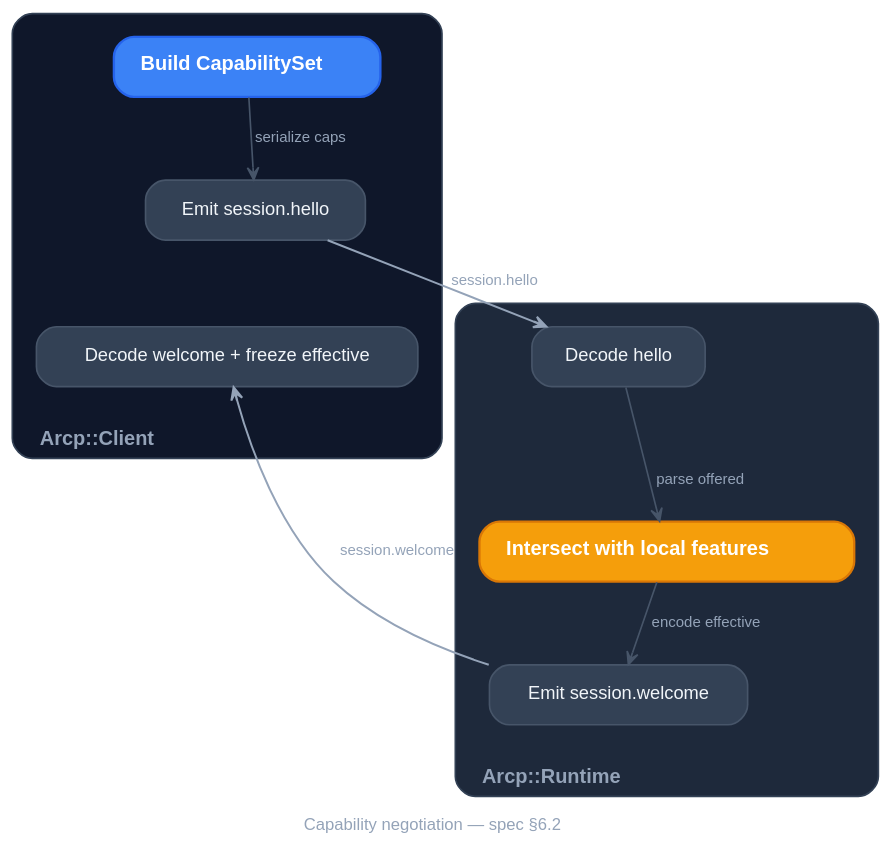
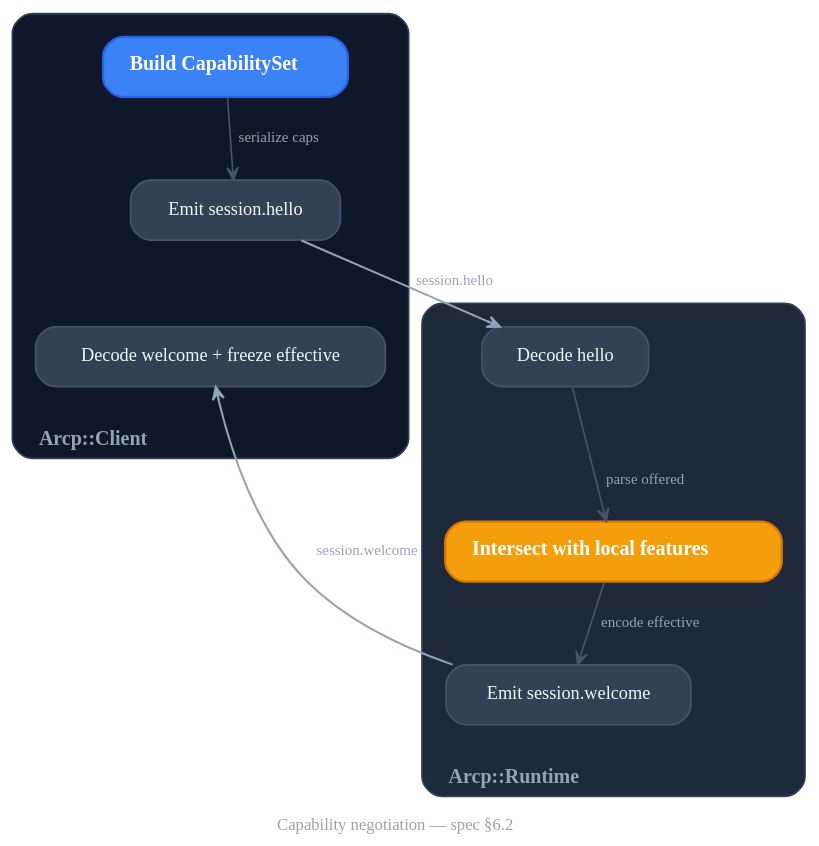
One commit to agentruntimecontrolprotocol/ruby-sdk changed the diagram in docs/diagrams/capability-negotiation-dark.dot. Above: the diagram before and after it, drawn with Graphviz. The commit also changed 23 other files, not shown here.

First line of the commit message:
Harmonize Graphviz diagrams with the ARCP design system

```diff
--- a/docs/diagrams/capability-negotiation-dark.dot
+++ b/docs/diagrams/capability-negotiation-dark.dot
@@ -1,96 +1,96 @@
 // ============================================================================
 //  Capability negotiation sequence (DARK variant)
 // ============================================================================
 
 digraph CapabilityNegotiation {
   rankdir=TB;
   bgcolor="transparent";
   compound=true;
-  fontname="Helvetica";
+  fontname="TT Commons Pro Trial";
   splines=spline;
   nodesep=0.32;
   ranksep=0.55;
   pad="0.35,0.25";
   labelloc=b;
   label=<<FONT POINT-SIZE="10" COLOR="#94A3B8">Capability negotiation — spec §6.2</FONT>>;
 
   node [
     shape=box,
     style="rounded,filled",
     fillcolor="#334155",
     color="#475569",
-    fontname="Helvetica",
+    fontname="TT Commons Pro Trial",
     fontsize=11,
     fontcolor="#F1F5F9",
     margin="0.22,0.11",
     penwidth=1.0
   ];
 
   edge [
-    fontname="Helvetica",
+    fontname="TT Commons Pro Trial",
     fontsize=9,
     fontcolor="#94A3B8",
     color="#64748B",
     penwidth=1.1,
     arrowsize=0.75,
     arrowhead=vee
   ];
 
   subgraph cluster_client {
     label=<<TABLE BORDER="0" CELLBORDER="0" CELLPADDING="0" CELLSPACING="0"><TR><TD COLSPAN="3" HEIGHT="8"></TD></TR><TR><TD WIDTH="8"></TD><TD><FONT POINT-SIZE="12"><B>Arcp::Client</B></FONT></TD><TD WIDTH="8"></TD></TR></TABLE>>;
     style="rounded,filled";
     fillcolor="#0F172A";
     color="#334155";
-    fontname="Helvetica";
+    fontname="TT Commons Pro Trial";
     fontcolor="#94A3B8";
     margin=14;
     labeljust=l;
     penwidth=1.0;
 
     client_1 [
       label=<<FONT POINT-SIZE="12"><B>Build CapabilitySet</B></FONT>>,
       fillcolor="#3B82F6", color="#2563EB",
       fontcolor="white", penwidth=1.4
     ];
 
     client_2 [label="Emit session.hello"];
     client_3 [label="Decode welcome + freeze effective"];
 
     client_1 -> client_2 [style=invis];
     client_2 -> client_3 [style=invis];
   }
 
   subgraph cluster_runtime {
     label=<<TABLE BORDER="0" CELLBORDER="0" CELLPADDING="0" CELLSPACING="0"><TR><TD COLSPAN="3" HEIGHT="8"></TD></TR><TR><TD WIDTH="8"></TD><TD><FONT POINT-SIZE="12"><B>Arcp::Runtime</B></FONT></TD><TD WIDTH="8"></TD></TR></TABLE>>;
     style="rounded,filled";
     fillcolor="#1E293B";
     color="#334155";
-    fontname="Helvetica";
+    fontname="TT Commons Pro Trial";
     fontcolor="#94A3B8";
     margin=14;
     labeljust=l;
     penwidth=1.0;
 
     runtime_1 [label="Decode hello"];
 
     runtime_2 [
       label=<<FONT POINT-SIZE="12"><B>Intersect with local features</B></FONT>>,
       fillcolor="#F59E0B", color="#D97706",
       fontcolor="white", penwidth=1.4
     ];
 
     runtime_3 [label="Emit session.welcome"];
 
     runtime_1 -> runtime_2 [style=invis];
     runtime_2 -> runtime_3 [style=invis];
   }
 
   edge [color="#94A3B8", penwidth=1.2];
   client_2 -> runtime_1 [label="session.hello"];
   runtime_3 -> client_3 [label="session.welcome"];
 
   edge [color="#475569", penwidth=1.0];
   client_1 -> client_2 [label="serialize caps"];
   runtime_1 -> runtime_2 [label="parse offered"];
   runtime_2 -> runtime_3 [label="encode effective"];
 }
```
